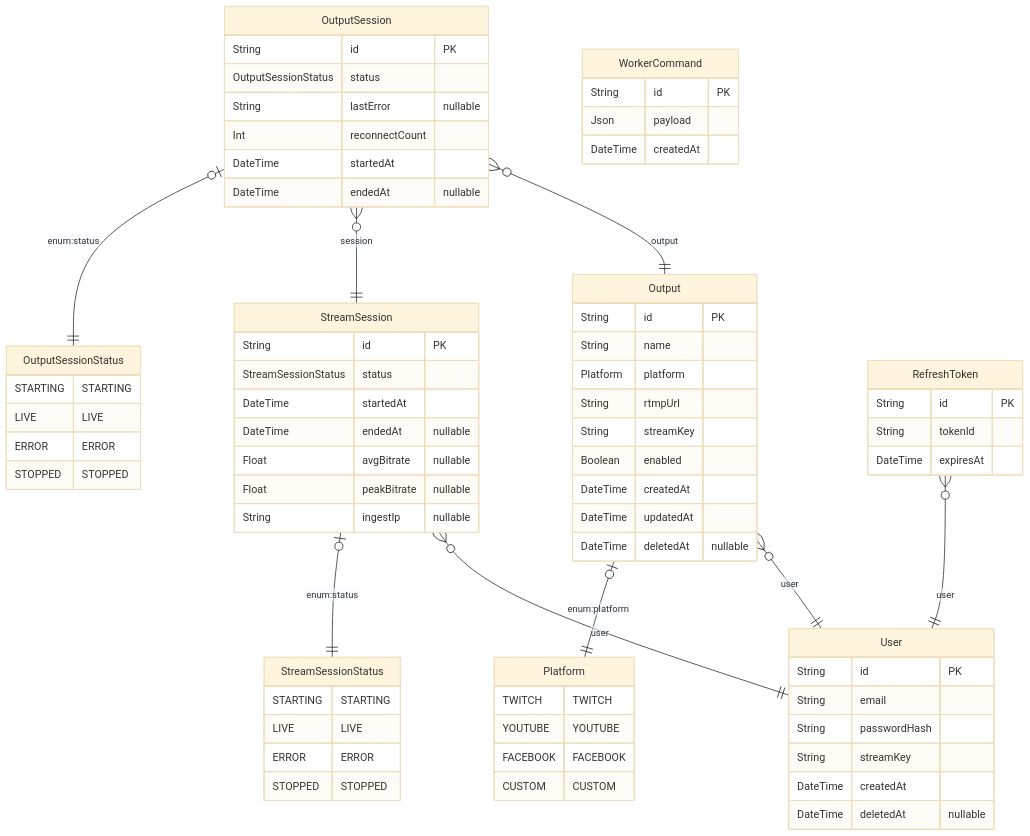
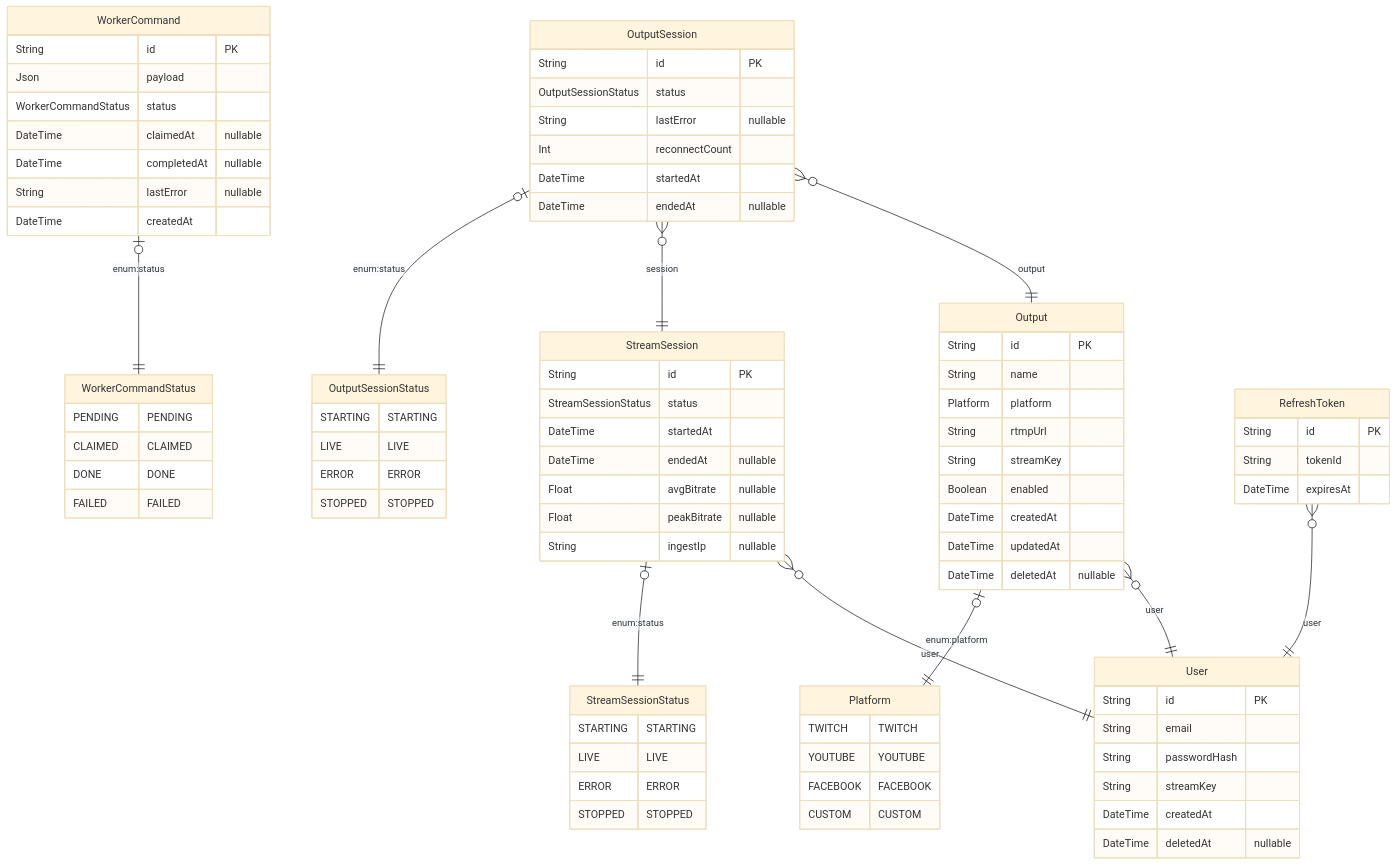
One commit to synnottd/sruth changed the diagram in docs/erd.md. Above: the diagram before and after it, drawn with Mermaid (base theme). The commit also changed 9 other files, not shown here.

First line of the commit message:
Track WorkerCommand status so queue state is observable via psql

````diff
--- a/docs/erd.md
+++ b/docs/erd.md
@@ -24,6 +24,15 @@
 LIVE LIVE
 ERROR ERROR
 STOPPED STOPPED
+        }
+    
+
+
+        WorkerCommandStatus {
+            PENDING PENDING
+CLAIMED CLAIMED
+DONE DONE
+FAILED FAILED
         }
     
   "User" {
@@ -80,6 +89,10 @@
   "WorkerCommand" {
     String id "PK"
     Json payload 
+    WorkerCommandStatus status 
+    DateTime claimedAt "nullable"
+    DateTime completedAt "nullable"
+    String lastError "nullable"
     DateTime createdAt 
     }
   
@@ -91,4 +104,5 @@
     "OutputSession" }o--|| "StreamSession" : "session"
     "OutputSession" }o--|| "Output" : "output"
     "RefreshToken" }o--|| "User" : "user"
+    "WorkerCommand" |o--|| "WorkerCommandStatus" : "enum:status"
 ```
````
